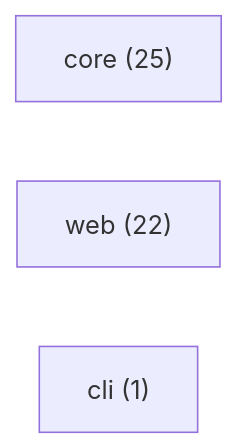
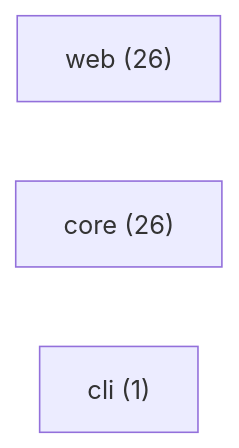
One commit to Conalh/repo-brief changed the diagram in REPO_BRIEF.md. Above: the diagram before and after it, drawn with Mermaid. The commit also changed other lines of this file and 8 other files, not shown here.

````diff
--- a/REPO_BRIEF.md
+++ b/REPO_BRIEF.md
@@ -26,6 +26,6 @@
 ```mermaid
 graph LR
-  n0["core (25)"]
-  n1["web (22)"]
+  n0["web (26)"]
+  n1["core (26)"]
   n2["cli (1)"]
 ```
````
